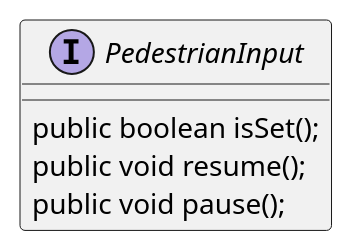
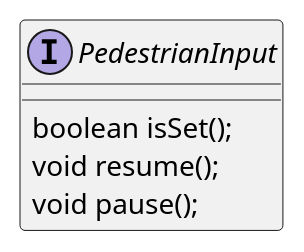
The fourth of 5 diagrams in docs/anwendungsentwicklung/objektorientierte-programmierung-ampelsteuerung/lernsituation.adoc (andrebauer/unterricht), drawn with PlantUML before and after one commit. The commit also changed other lines of this file, not shown here.

Commit message:
Remove unnecessary modifier public in interfaces.

```diff
--- a/docs/anwendungsentwicklung/objektorientierte-programmierung-ampelsteuerung/lernsituation.adoc
+++ b/docs/anwendungsentwicklung/objektorientierte-programmierung-ampelsteuerung/lernsituation.adoc
@@ -234,9 +234,9 @@
 [plantuml, {prefix}-pedestrian-input, svg]
 ....
- interface "PedestrianInput" as pi {
+interface "PedestrianInput" as pi {
 
-    public boolean isSet();
-    public void resume();
-    public void pause();
-  }
+  boolean isSet();
+  void resume();
+  void pause();
+}
 ....
```
